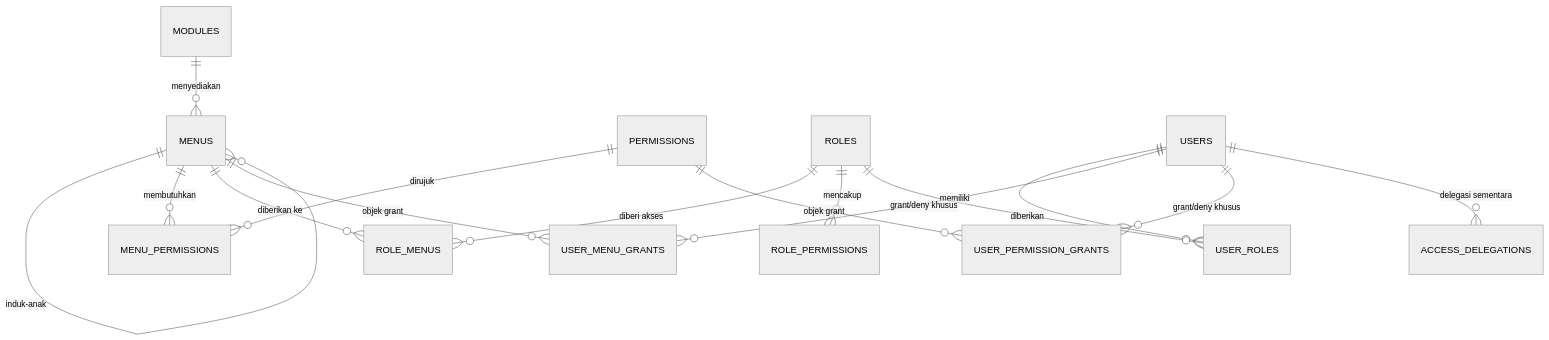
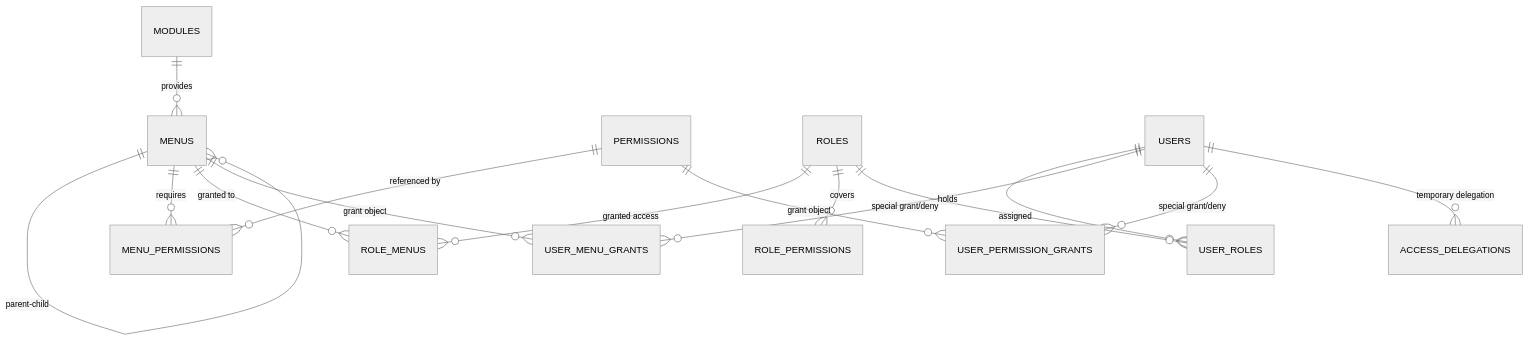
Before and after one commit to zed378/hris: the diagram in PLAN/05-Dynamic-Role-Menu-Access.md, drawn with Mermaid (neutral theme). The commit also changed other lines of this file and 2 other files, not shown here.

Commit message:
docs(plan): translate development phases and dynamic access documents to English

````diff
--- a/PLAN/05-Dynamic-Role-Menu-Access.md
+++ b/PLAN/05-Dynamic-Role-Menu-Access.md
@@ -48,21 +48,21 @@
 ```mermaid
 erDiagram
-    MODULES ||--o{ MENUS : "menyediakan"
-    MENUS ||--o{ MENUS : "induk-anak"
-    MENUS ||--o{ MENU_PERMISSIONS : "membutuhkan"
-    PERMISSIONS ||--o{ MENU_PERMISSIONS : "dirujuk"
+    MODULES ||--o{ MENUS : "provides"
+    MENUS ||--o{ MENUS : "parent-child"
+    MENUS ||--o{ MENU_PERMISSIONS : "requires"
+    PERMISSIONS ||--o{ MENU_PERMISSIONS : "referenced by"
 
-    ROLES ||--o{ ROLE_MENUS : "diberi akses"
-    MENUS ||--o{ ROLE_MENUS : "diberikan ke"
-    ROLES ||--o{ ROLE_PERMISSIONS : "mencakup"
+    ROLES ||--o{ ROLE_MENUS : "granted access"
+    MENUS ||--o{ ROLE_MENUS : "granted to"
+    ROLES ||--o{ ROLE_PERMISSIONS : "covers"
 
-    USERS ||--o{ USER_ROLES : "memiliki"
-    ROLES ||--o{ USER_ROLES : "diberikan"
+    USERS ||--o{ USER_ROLES : "holds"
+    ROLES ||--o{ USER_ROLES : "assigned"
 
-    USERS ||--o{ USER_MENU_GRANTS : "grant/deny khusus"
-    MENUS ||--o{ USER_MENU_GRANTS : "objek grant"
-    USERS ||--o{ USER_PERMISSION_GRANTS : "grant/deny khusus"
-    PERMISSIONS ||--o{ USER_PERMISSION_GRANTS : "objek grant"
+    USERS ||--o{ USER_MENU_GRANTS : "special grant/deny"
+    MENUS ||--o{ USER_MENU_GRANTS : "grant object"
+    USERS ||--o{ USER_PERMISSION_GRANTS : "special grant/deny"
+    PERMISSIONS ||--o{ USER_PERMISSION_GRANTS : "grant object"
 
-    USERS ||--o{ ACCESS_DELEGATIONS : "delegasi sementara"
+    USERS ||--o{ ACCESS_DELEGATIONS : "temporary delegation"
 ```
````
